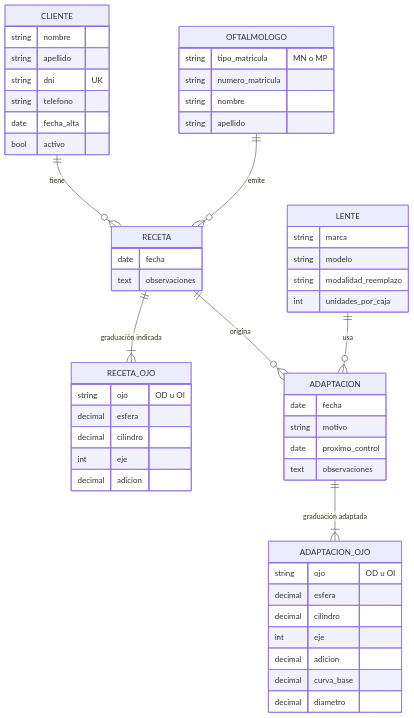
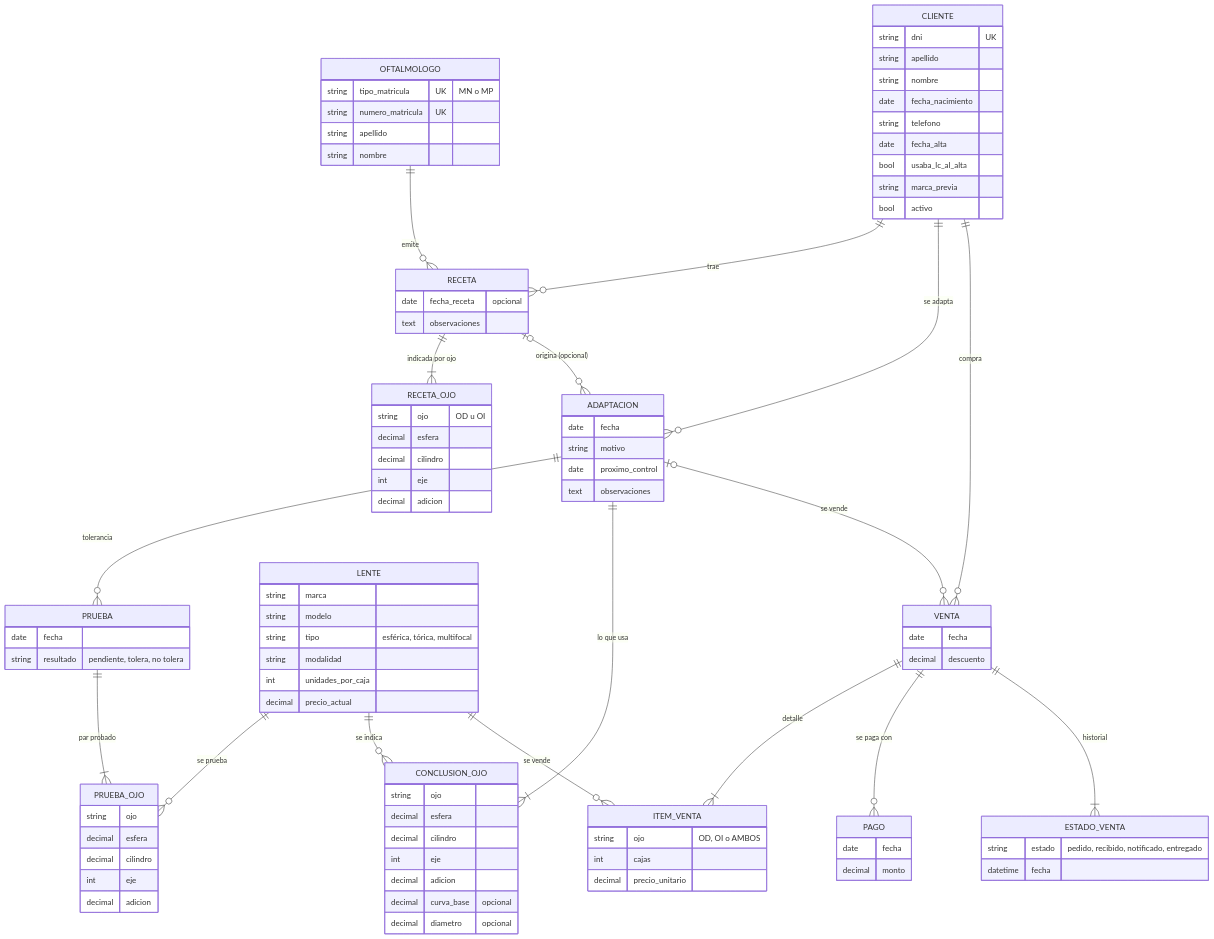
The diagram in README.md (marcosnicolasdev-code/optica-sistema), drawn with Mermaid before and after one commit. The commit also changed other lines of this file, not shown here.

Commit message:
docs:actualizar readme

````diff
--- a/README.md
+++ b/README.md
@@ -34,28 +39,41 @@
 ```mermaid
 erDiagram
-    CLIENTE ||--o{ RECETA : tiene
+    CLIENTE ||--o{ RECETA : trae
     OFTALMOLOGO ||--o{ RECETA : emite
-    RECETA ||--|{ RECETA_OJO : "graduación indicada"
-    RECETA ||--o{ ADAPTACION : origina
-    LENTE ||--o{ ADAPTACION : usa
-    ADAPTACION ||--|{ ADAPTACION_OJO : "graduación adaptada"
+    RECETA ||--|{ RECETA_OJO : "indicada por ojo"
+    CLIENTE ||--o{ ADAPTACION : "se adapta"
+    RECETA |o--o{ ADAPTACION : "origina (opcional)"
+    ADAPTACION ||--o{ PRUEBA : tolerancia
+    PRUEBA ||--|{ PRUEBA_OJO : "par probado"
+    ADAPTACION ||--|{ CONCLUSION_OJO : "lo que usa"
+    LENTE ||--o{ PRUEBA_OJO : "se prueba"
+    LENTE ||--o{ CONCLUSION_OJO : "se indica"
+    CLIENTE ||--o{ VENTA : compra
+    ADAPTACION |o--o{ VENTA : "se vende"
+    VENTA ||--|{ ITEM_VENTA : detalle
+    LENTE ||--o{ ITEM_VENTA : "se vende"
+    VENTA ||--o{ PAGO : "se paga con"
+    VENTA ||--|{ ESTADO_VENTA : historial
 
     CLIENTE {
+        string dni UK
+        string apellido
         string nombre
-        string apellido
-        string dni UK
+        date fecha_nacimiento
         string telefono
         date fecha_alta
+        bool usaba_lc_al_alta
+        string marca_previa
         bool activo
     }
     OFTALMOLOGO {
-        string tipo_matricula "MN o MP"
-        string numero_matricula
+        string tipo_matricula UK "MN o MP"
+        string numero_matricula UK
+        string apellido
         string nombre
-        string apellido
     }
     RECETA {
-        date fecha
+        date fecha_receta "opcional"
         text observaciones
     }
     RECETA_OJO {
@@ -71,19 +89,49 @@
         date proximo_control
         text observaciones
     }
-    ADAPTACION_OJO {
-        string ojo "OD u OI"
+    PRUEBA {
+        date fecha
+        string resultado "pendiente, tolera, no tolera"
+    }
+    PRUEBA_OJO {
+        string ojo
         decimal esfera
         decimal cilindro
         int eje
         decimal adicion
-        decimal curva_base
-        decimal diametro
+    }
+    CONCLUSION_OJO {
+        string ojo
+        decimal esfera
+        decimal cilindro
+        int eje
+        decimal adicion
+        decimal curva_base "opcional"
+        decimal diametro "opcional"
     }
     LENTE {
         string marca
         string modelo
-        string modalidad_reemplazo
+        string tipo "esférica, tórica, multifocal"
+        string modalidad
         int unidades_por_caja
+        decimal precio_actual
+    }
+    VENTA {
+        date fecha
+        decimal descuento
+    }
+    ITEM_VENTA {
+        string ojo "OD, OI o AMBOS"
+        int cajas
+        decimal precio_unitario
+    }
+    PAGO {
+        date fecha
+        decimal monto
+    }
+    ESTADO_VENTA {
+        string estado "pedido, recibido, notificado, entregado"
+        datetime fecha
     }
 ```
````
